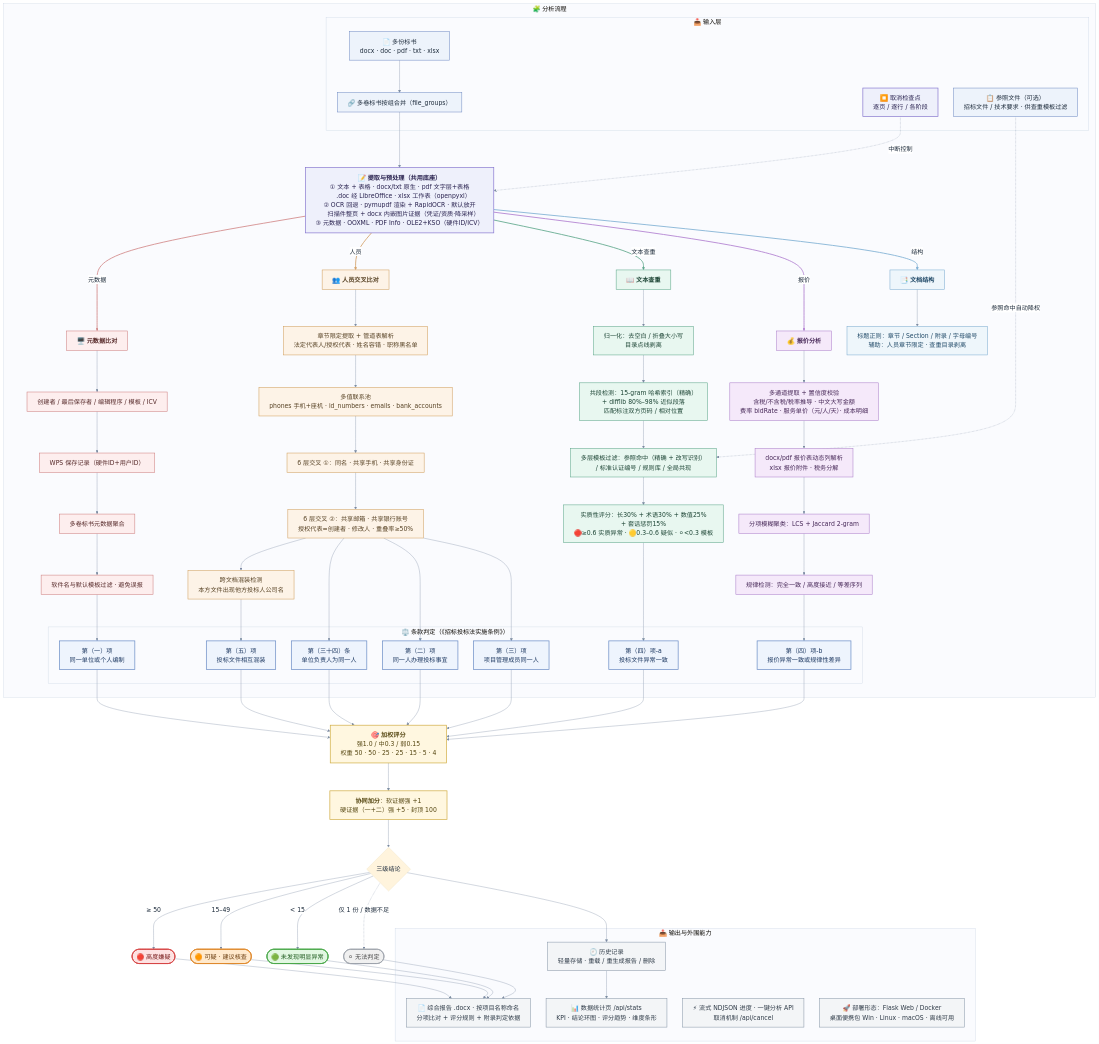
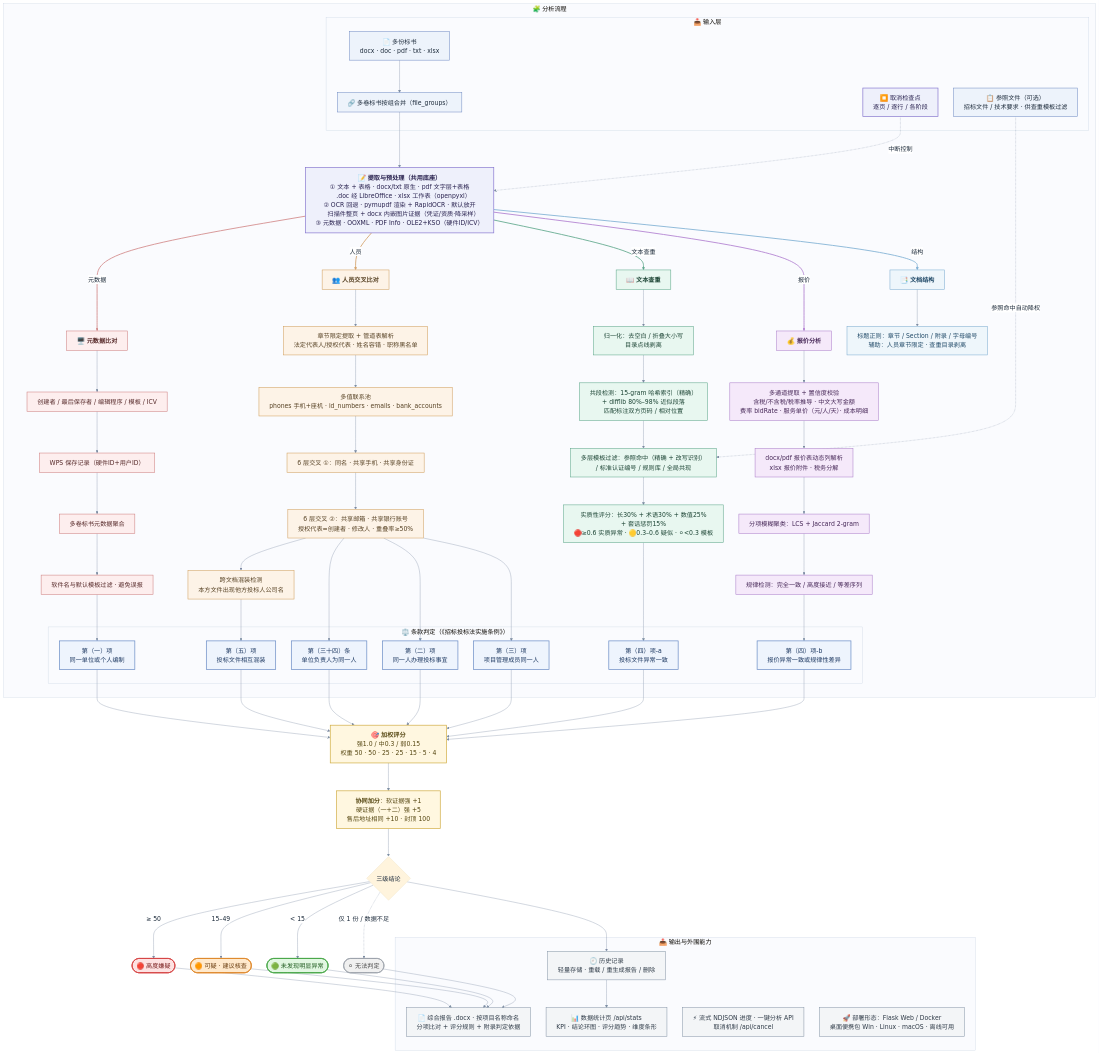
Before and after one commit to yjiao286/xingyicha-bid-rigging-detection: the diagram in output/整体流程图mermaid.md, drawn with Mermaid. The commit also changed 5 other files, not shown here.

```diff
--- a/output/整体流程图mermaid.md
+++ b/output/整体流程图mermaid.md
@@ -86,7 +86,7 @@
     R4 --> CL4B
 
     CL1 & CL34 & CL2 & CL5 & CL3 & CL4A & CL4B --> SC["<b>🎯 加权评分</b><br/>强1.0 / 中0.3 / 弱0.15<br/>权重 50 · 50 · 25 · 25 · 15 · 5 · 4"]
-    SC --> SY["<b>协同加分</b>：软证据强 +1<br/>硬证据（一+二）强 +5 · 封顶 100"]
+    SC --> SY["<b>协同加分</b>：软证据强 +1<br/>硬证据（一+二）强 +5<br/>售后地址相同 +10 · 封顶 100"]
     SY --> V{"三级结论"}
     V -->|"≥ 50"| H(["🔴 高度嫌疑"])
     V -->|"15–49"| ME(["🟠 可疑 · 建议核查"])
```
